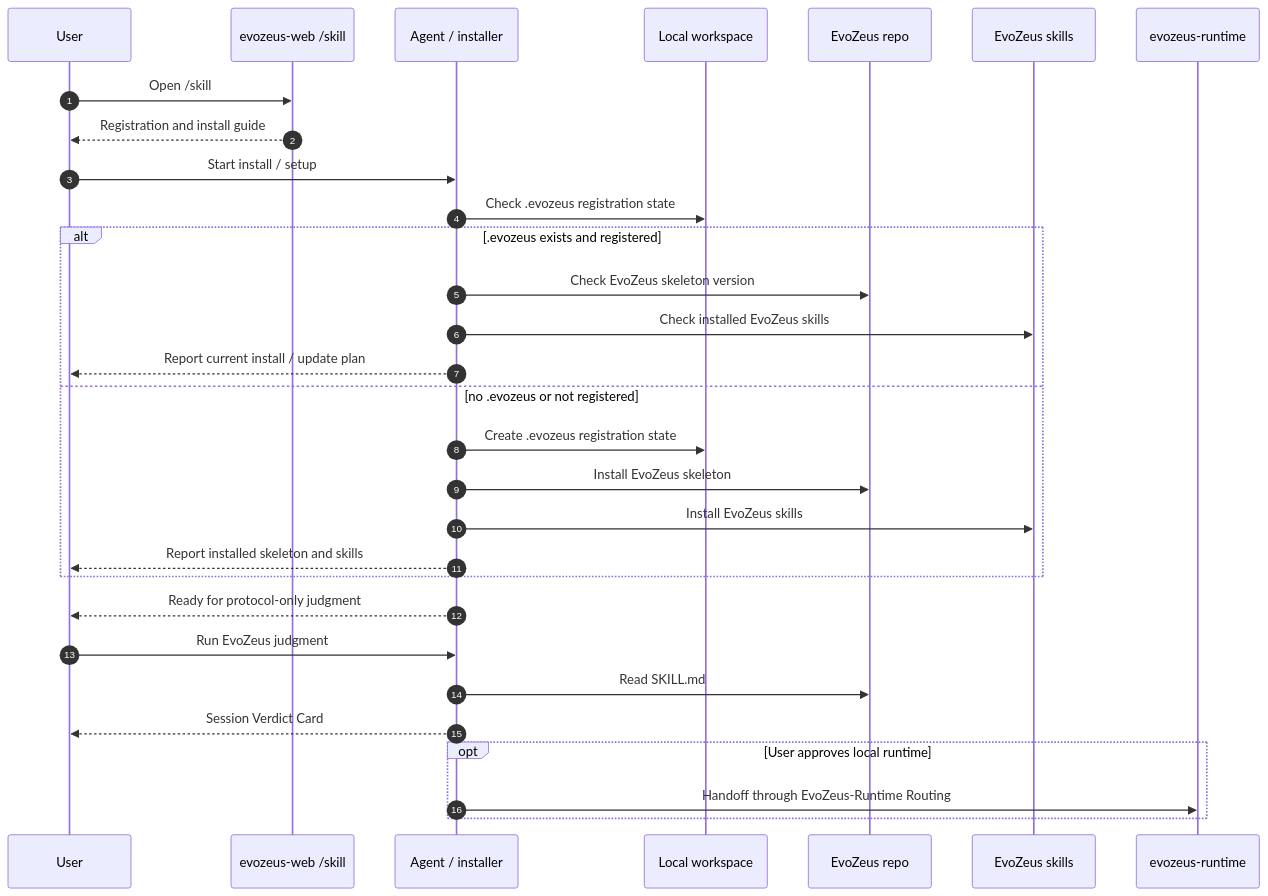
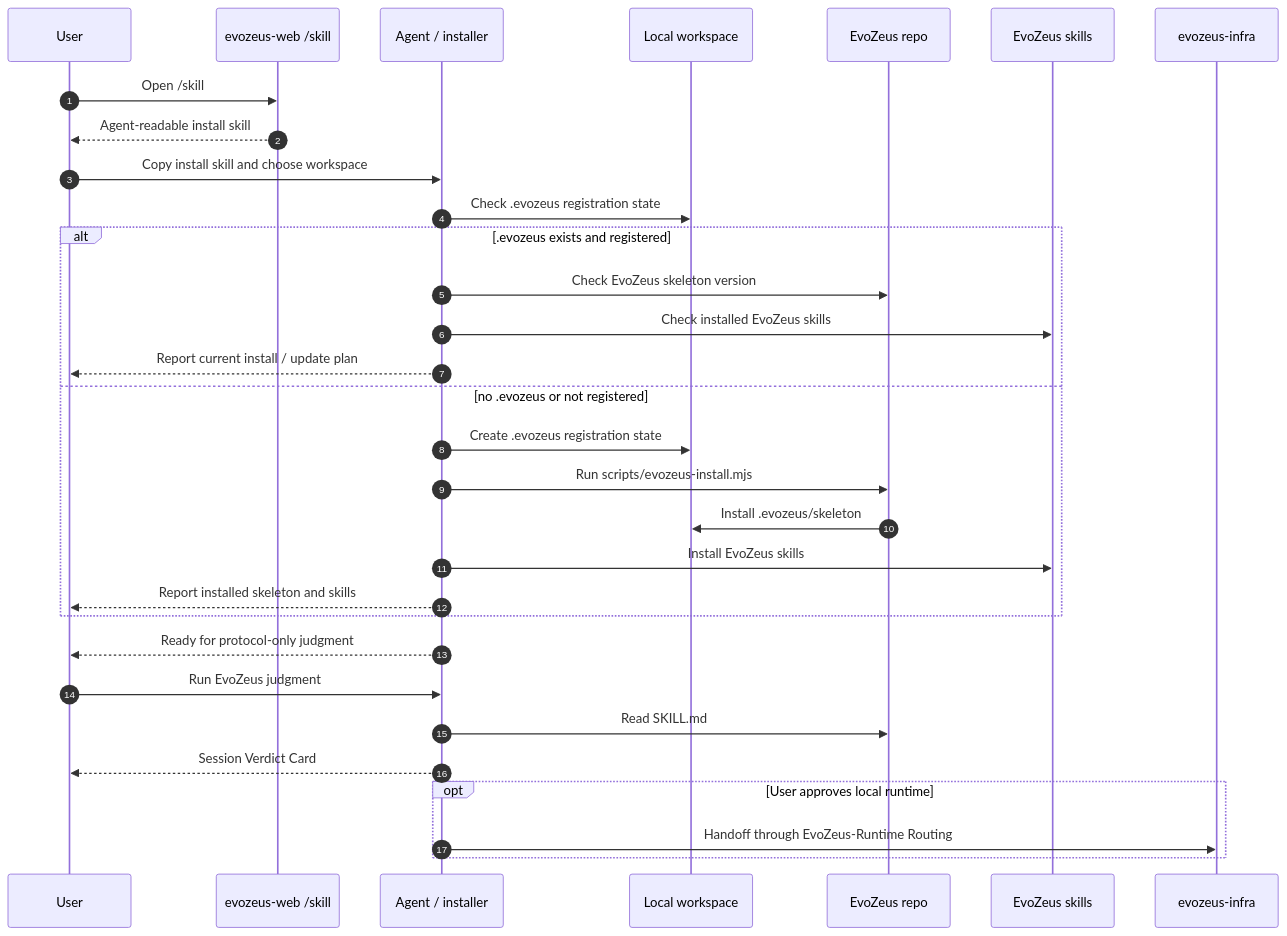
Before and after one commit to MetaInFLow/EvoZeus: the diagram in docs/README.zh-CN.md, drawn with Mermaid. The commit also changed other lines of this file and 8 other files, not shown here.

Commit message:
feat: add install skill local installer

````diff
--- a/docs/README.zh-CN.md
+++ b/docs/README.zh-CN.md
@@ -46,36 +46,37 @@
 ```mermaid
 sequenceDiagram
   autonumber
   participant User
   participant Community as evozeus-web /skill
   participant Installer as Agent / installer
   participant Local as Local workspace
   participant Main as EvoZeus repo
   participant Skills as EvoZeus skills
-  participant Runtime as evozeus-runtime
+  participant Runtime as evozeus-infra
 
   User->>Community: Open /skill
-  Community-->>User: Registration and install guide
-  User->>Installer: Start install / setup
+  Community-->>User: Agent-readable install skill
+  User->>Installer: Copy install skill and choose workspace
   Installer->>Local: Check .evozeus registration state
 
   alt .evozeus exists and registered
     Installer->>Main: Check EvoZeus skeleton version
     Installer->>Skills: Check installed EvoZeus skills
     Installer-->>User: Report current install / update plan
   else no .evozeus or not registered
     Installer->>Local: Create .evozeus registration state
-    Installer->>Main: Install EvoZeus skeleton
+    Installer->>Main: Run scripts/evozeus-install.mjs
+    Main->>Local: Install .evozeus/skeleton
     Installer->>Skills: Install EvoZeus skills
     Installer-->>User: Report installed skeleton and skills
   end
 
   Installer-->>User: Ready for protocol-only judgment
   User->>Installer: Run EvoZeus judgment
   Installer->>Main: Read SKILL.md
   Installer-->>User: Session Verdict Card
 
   opt User approves local runtime
     Installer->>Runtime: Handoff through EvoZeus-Runtime Routing
   end
 ```
````
